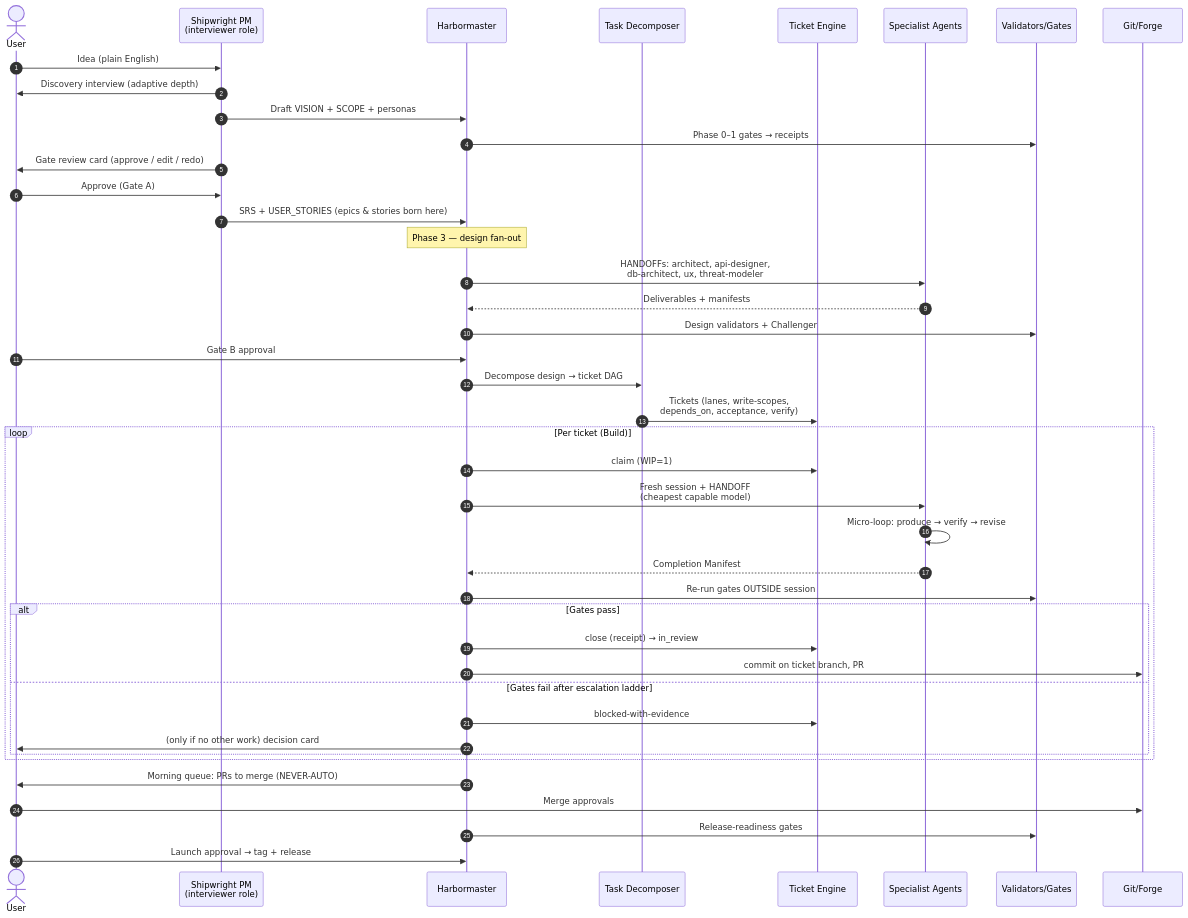
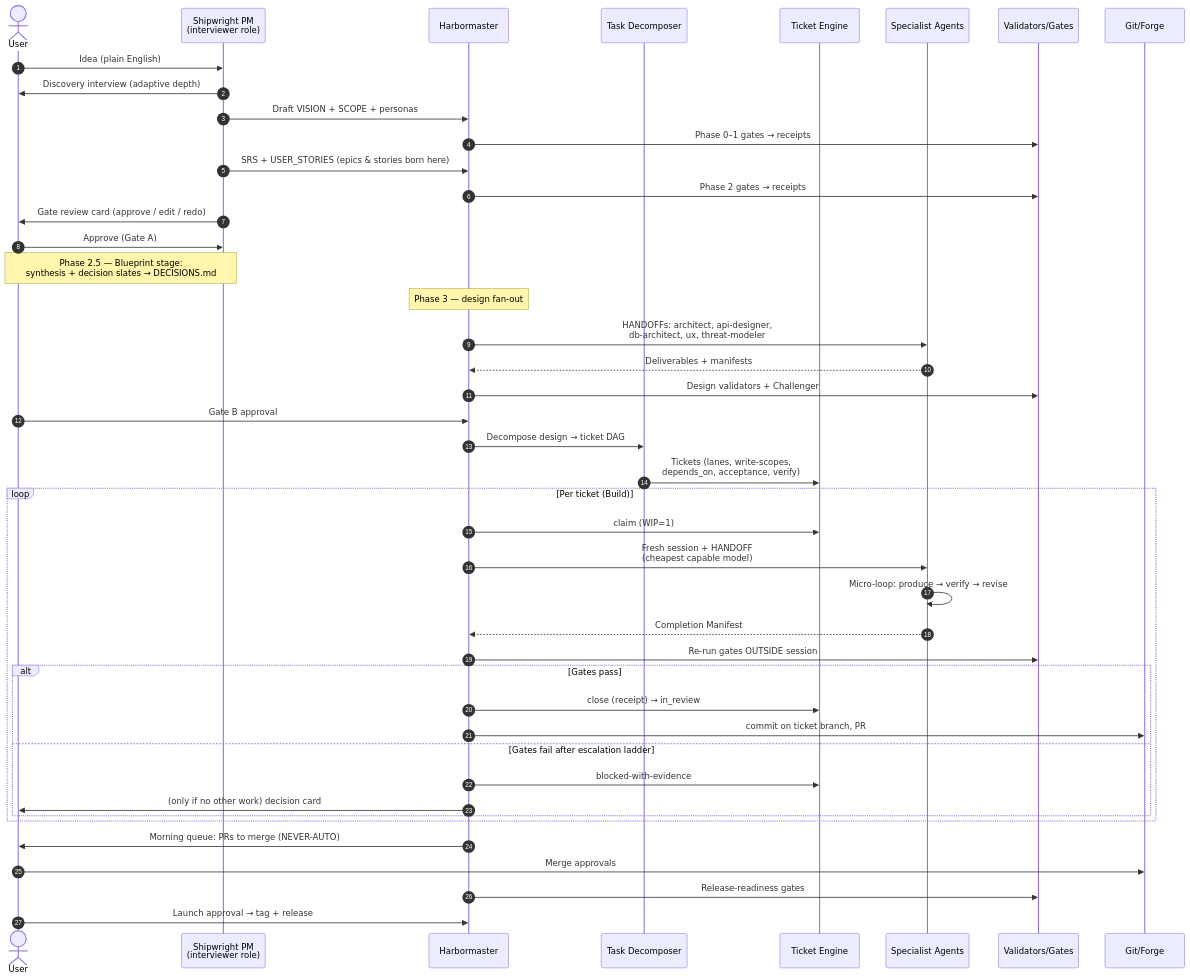
One commit to bpmforge/dokima changed the second of 2 diagrams in docs/BLUEPRINT.md. Above: the diagram before and after it, drawn with Mermaid. The commit also changed other lines of this file and 23 other files, not shown here.

First line of the commit message:
docs: SDLC package wave 1 — blueprint v0.4.0, decisions ledger, research path, contract layer, phases 0-2 docs

````diff
--- a/docs/BLUEPRINT.md
+++ b/docs/BLUEPRINT.md
@@ -306,45 +331,47 @@
 ```mermaid
 sequenceDiagram
     autonumber
     actor U as User
     participant PM as Shipwright PM<br/>(interviewer role)
     participant HM as Harbormaster
     participant TD as Task Decomposer
     participant TE as Ticket Engine
     participant AG as Specialist Agents
     participant VAL as Validators/Gates
     participant GIT as Git/Forge
 
     U->>PM: Idea (plain English)
     PM->>U: Discovery interview (adaptive depth)
     PM->>HM: Draft VISION + SCOPE + personas
     HM->>VAL: Phase 0–1 gates → receipts
+    PM->>HM: SRS + USER_STORIES (epics & stories born here)
+    HM->>VAL: Phase 2 gates → receipts
     PM->>U: Gate review card (approve / edit / redo)
     U->>PM: Approve (Gate A)
-    PM->>HM: SRS + USER_STORIES (epics & stories born here)
+    Note over PM,U: Phase 2.5 — Blueprint stage:<br/>synthesis + decision slates → DECISIONS.md
     Note over HM: Phase 3 — design fan-out
     HM->>AG: HANDOFFs: architect, api-designer,<br/>db-architect, ux, threat-modeler
     AG-->>HM: Deliverables + manifests
     HM->>VAL: Design validators + Challenger
     U->>HM: Gate B approval
     HM->>TD: Decompose design → ticket DAG
     TD->>TE: Tickets (lanes, write-scopes,<br/>depends_on, acceptance, verify)
     loop Per ticket (Build)
         HM->>TE: claim (WIP=1)
         HM->>AG: Fresh session + HANDOFF<br/>(cheapest capable model)
         AG->>AG: Micro-loop: produce → verify → revise
         AG-->>HM: Completion Manifest
         HM->>VAL: Re-run gates OUTSIDE session
         alt Gates pass
             HM->>TE: close (receipt) → in_review
             HM->>GIT: commit on ticket branch, PR
         else Gates fail after escalation ladder
             HM->>TE: blocked-with-evidence
             HM->>U: (only if no other work) decision card
         end
     end
     HM->>U: Morning queue: PRs to merge (NEVER-AUTO)
     U->>GIT: Merge approvals
     HM->>VAL: Release-readiness gates
     U->>HM: Launch approval → tag + release
 ```
````
